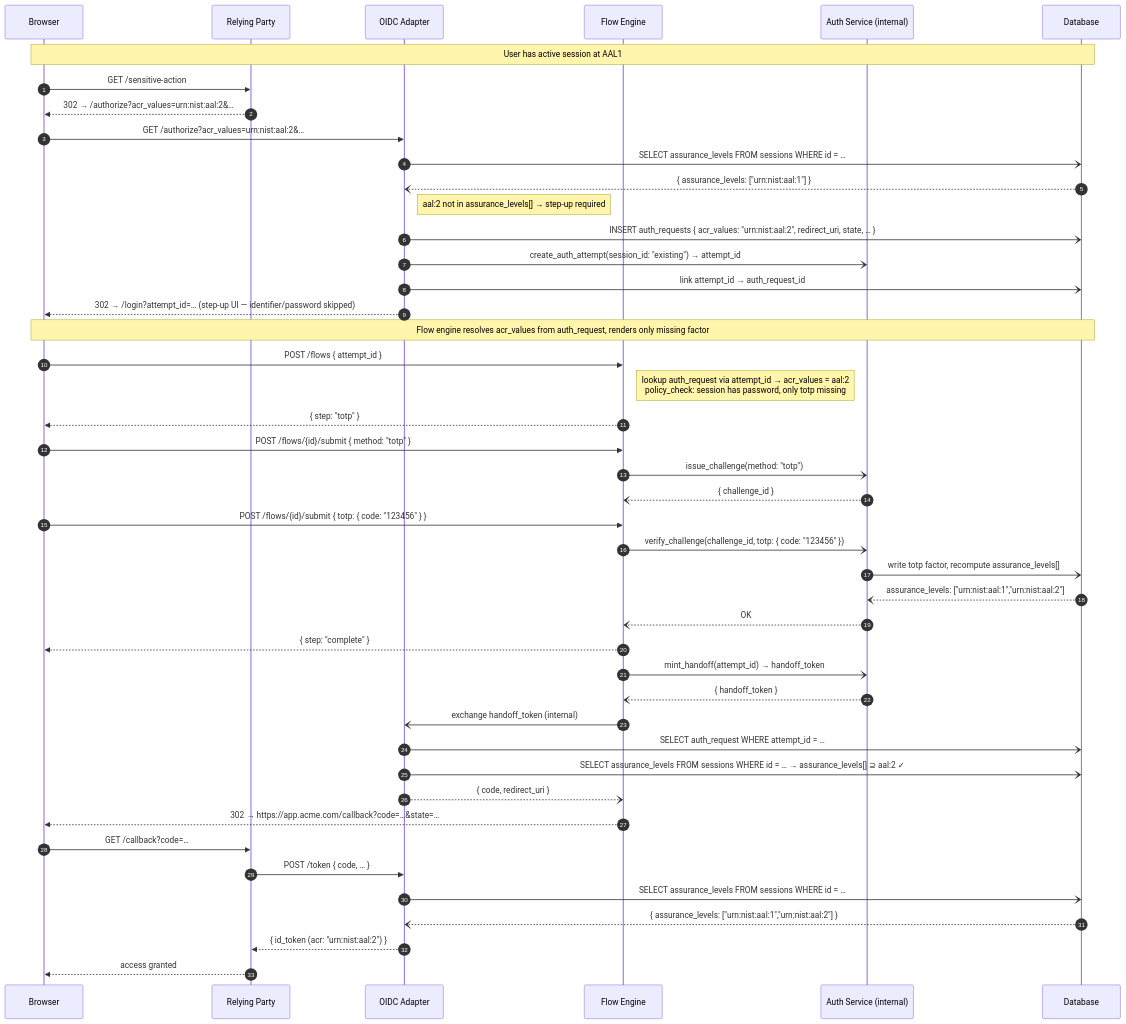
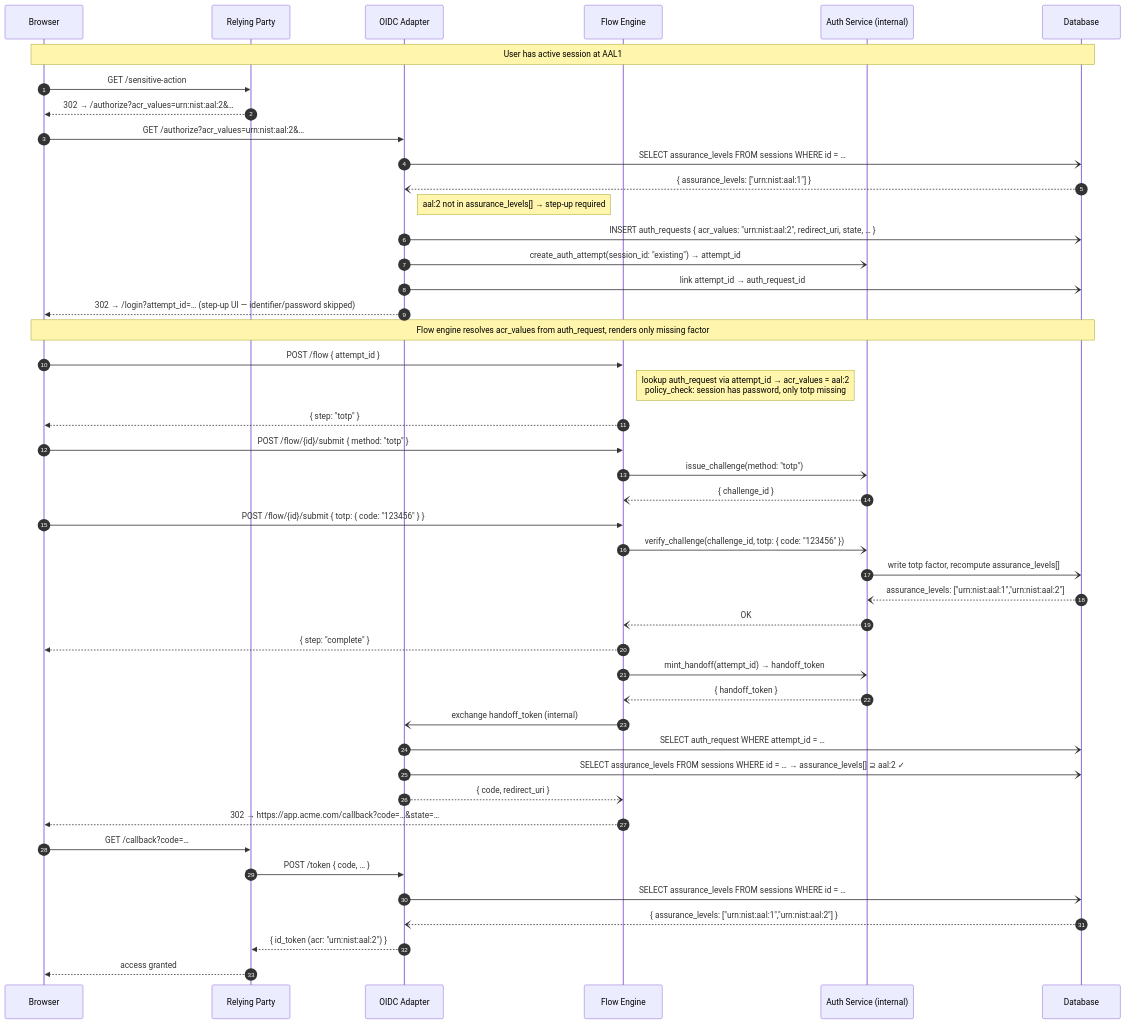
The fourth of 4 diagrams in docs/design/api/authn-and-auth-flows.md (zitadel/nextgen), drawn with Mermaid before and after one commit. The commit also changed other lines of this file and 42 other files, not shown here.

````diff
--- a/docs/design/api/authn-and-auth-flows.md
+++ b/docs/design/api/authn-and-auth-flows.md
@@ -352,56 +354,56 @@
 ```mermaid
 sequenceDiagram
     autonumber
     participant Browser
     participant RP as Relying Party
     participant OIDCAdapter as OIDC Adapter
     participant FlowEngine as Flow Engine
     participant AuthService as Auth Service (internal)
     participant DB as Database
 
     Note over Browser,DB: User has active session at AAL1
 
     Browser->>RP: GET /sensitive-action
     RP-->>Browser: 302 → /authorize?acr_values=urn:nist:aal:2&…
 
     Browser->>OIDCAdapter: GET /authorize?acr_values=urn:nist:aal:2&…
     OIDCAdapter-)DB: SELECT assurance_levels FROM sessions WHERE id = …
     DB--)OIDCAdapter: { assurance_levels: ["urn:nist:aal:1"] }
     Note right of OIDCAdapter: aal:2 not in assurance_levels[] → step-up required
 
     OIDCAdapter-)DB: INSERT auth_requests { acr_values: "urn:nist:aal:2", redirect_uri, state, … }
     OIDCAdapter-)AuthService: create_auth_attempt(session_id: "existing") → attempt_id
     OIDCAdapter-)DB: link attempt_id → auth_request_id
     OIDCAdapter-->>Browser: 302 → /login?attempt_id=… (step-up UI — identifier/password skipped)
 
     Note over Browser,DB: Flow engine resolves acr_values from auth_request, renders only missing factor
 
-    Browser->>FlowEngine: POST /flows { attempt_id }
+    Browser->>FlowEngine: POST /flow { attempt_id }
     Note right of FlowEngine: lookup auth_request via attempt_id → acr_values = aal:2<br/>policy_check: session has password, only totp missing
     FlowEngine-->>Browser: { step: "totp" }
 
-    Browser->>FlowEngine: POST /flows/{id}/submit { method: "totp" }
+    Browser->>FlowEngine: POST /flow/{id}/submit { method: "totp" }
     FlowEngine-)AuthService: issue_challenge(method: "totp")
     AuthService--)FlowEngine: { challenge_id }
-    Browser->>FlowEngine: POST /flows/{id}/submit { totp: { code: "123456" } }
+    Browser->>FlowEngine: POST /flow/{id}/submit { totp: { code: "123456" } }
     FlowEngine-)AuthService: verify_challenge(challenge_id, totp: { code: "123456" })
     AuthService-)DB: write totp factor, recompute assurance_levels[]
     DB--)AuthService: assurance_levels: ["urn:nist:aal:1","urn:nist:aal:2"]
     AuthService--)FlowEngine: OK
     FlowEngine-->>Browser: { step: "complete" }
 
     FlowEngine-)AuthService: mint_handoff(attempt_id) → handoff_token
     AuthService--)FlowEngine: { handoff_token }
     FlowEngine-)OIDCAdapter: exchange handoff_token (internal)
     OIDCAdapter-)DB: SELECT auth_request WHERE attempt_id = …
     OIDCAdapter-)DB: SELECT assurance_levels FROM sessions WHERE id = … → assurance_levels[] ⊇ aal:2 ✓
     OIDCAdapter--)FlowEngine: { code, redirect_uri }
     FlowEngine-->>Browser: 302 → https://app.acme.com/callback?code=…&state=…
 
     Browser->>RP: GET /callback?code=…
     RP->>OIDCAdapter: POST /token { code, … }
     OIDCAdapter-)DB: SELECT assurance_levels FROM sessions WHERE id = …
     DB--)OIDCAdapter: { assurance_levels: ["urn:nist:aal:1","urn:nist:aal:2"] }
     OIDCAdapter-->>RP: { id_token (acr: "urn:nist:aal:2") }
     RP-->>Browser: access granted
 ```
````
